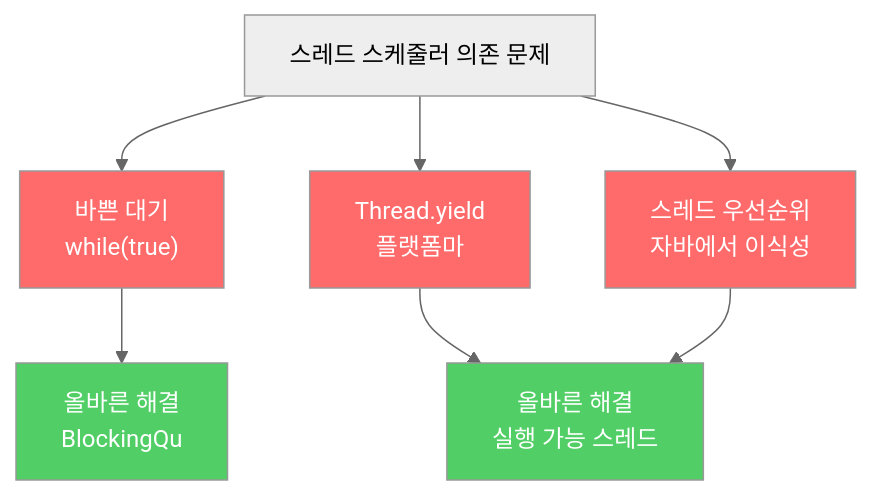
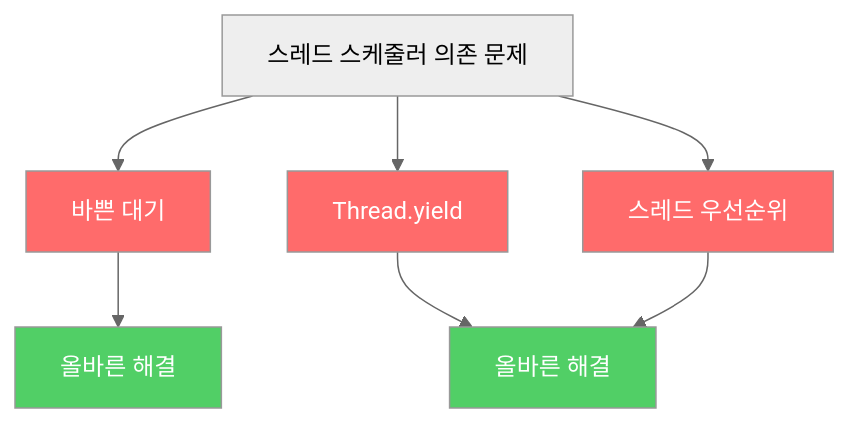
The diagram in _posts/java/2022-03-06-effective-java84.md (yjkim2015/yjkim2015.github.io), drawn with Mermaid (neutral theme) before and after one commit. The commit also changed 217 other files, not shown here.

First line of the commit message:
Mermaid 크기 수정: useMaxWidth:true + SVG max-width:100% + 라벨 축소

````diff
--- a/_posts/java/2022-03-06-effective-java84.md
+++ b/_posts/java/2022-03-06-effective-java84.md
@@ -70,14 +70,14 @@
 ```mermaid
 graph TD
-    A["스레드 스케줄러 의존 문제"] --> B["바쁜 대기\nwhile(true)"]
-    A --> C["Thread.yield\n플랫폼마"]
-    A --> D["스레드 우선순위\n자바에서 이식성"]
-    B --> E["올바른 해결\nBlockingQu"]
-    C --> F["올바른 해결\n실행 가능 스레드"]
+    A["스레드 스케줄러 의존 문제"] --> B["바쁜 대기"]
+    A --> C["Thread.yield"]
+    A --> D["스레드 우선순위"]
+    B --> E["올바른 해결"]
+    C --> F["올바른 해결"]
     D --> F
     style B fill:#ff6b6b,color:#fff
     style C fill:#ff6b6b,color:#fff
     style D fill:#ff6b6b,color:#fff
     style E fill:#51cf66,color:#fff
     style F fill:#51cf66,color:#fff
 ```
````
